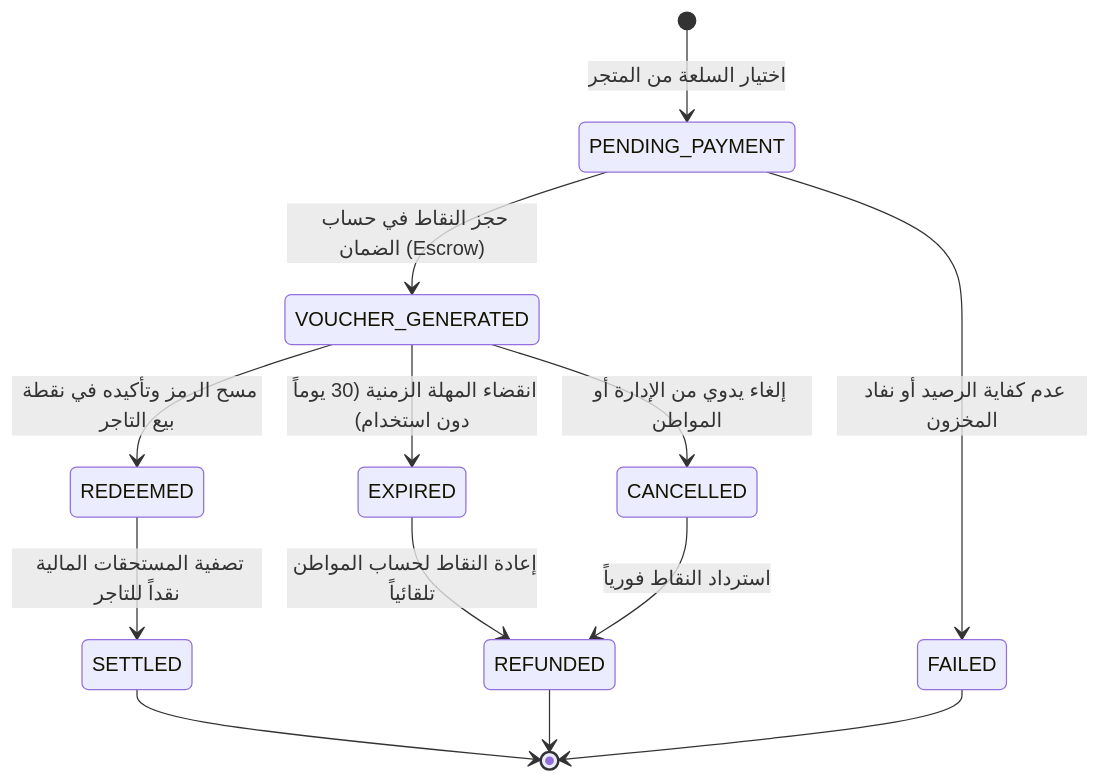
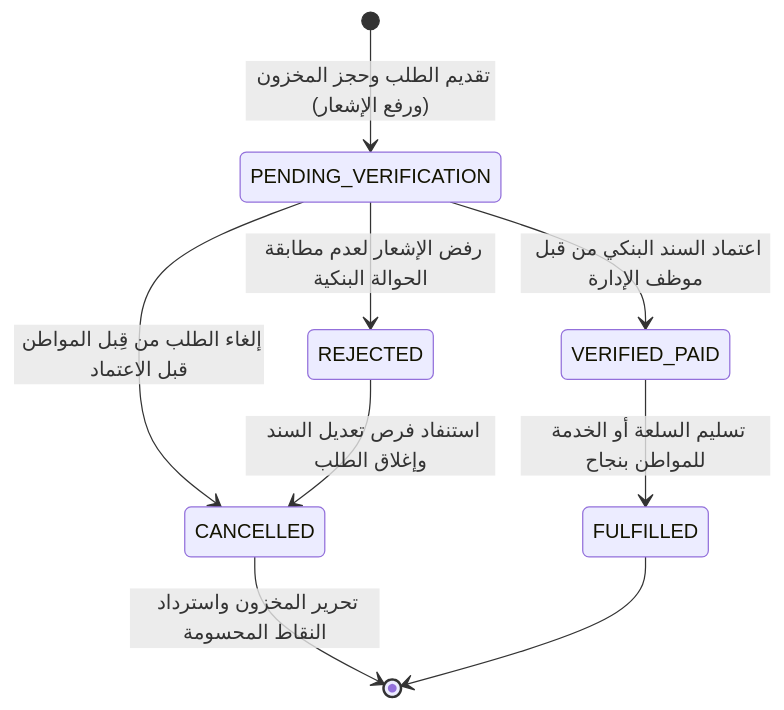
One commit to A-S-Y/Athar changed the second of 4 diagrams in docs/03-flows-and-logic/state-machines.md. Above: the diagram before and after it, drawn with Mermaid. The commit also changed other lines of this file and 27 other files, not shown here.

````diff
--- a/docs/03-flows-and-logic/state-machines.md
+++ b/docs/03-flows-and-logic/state-machines.md
@@ -55,20 +55,16 @@
 ```mermaid
 stateDiagram-v2
-    [*] --> PENDING_PAYMENT: اختيار السلعة من المتجر
+    [*] --> PENDING_VERIFICATION: تقديم الطلب وحجز المخزون (ورفع الإشعار)
 
-    PENDING_PAYMENT --> VOUCHER_GENERATED: حجز النقاط في حساب الضمان (Escrow)
-    PENDING_PAYMENT --> FAILED: عدم كفاية الرصيد أو نفاد المخزون
+    PENDING_VERIFICATION --> VERIFIED_PAID: اعتماد السند البنكي من قبل موظف الإدارة
+    PENDING_VERIFICATION --> REJECTED: رفض الإشعار لعدم مطابقة الحوالة البنكية
+    PENDING_VERIFICATION --> CANCELLED: إلغاء الطلب من قِبل المواطن قبل الاعتماد
 
-    VOUCHER_GENERATED --> REDEEMED: مسح الرمز وتأكيده في نقطة بيع التاجر
-    VOUCHER_GENERATED --> EXPIRED: انقضاء المهلة الزمنية (30 يوماً دون استخدام)
-    VOUCHER_GENERATED --> CANCELLED: إلغاء يدوي من الإدارة أو المواطن
+    REJECTED --> CANCELLED: استنفاد فرص تعديل السند وإغلاق الطلب
 
-    EXPIRED --> REFUNDED: إعادة النقاط لحساب المواطن تلقائياً
-    CANCELLED --> REFUNDED: استرداد النقاط فورياً
+    CANCELLED --> [*]: تحرير المخزون واسترداد النقاط المحسومة
 
-    REDEEMED --> SETTLED: تصفية المستحقات المالية نقداً للتاجر
+    VERIFIED_PAID --> FULFILLED: تسليم السلعة أو الخدمة للمواطن بنجاح
     
-    SETTLED --> [*]
-    REFUNDED --> [*]
-    FAILED --> [*]
+    FULFILLED --> [*]
 ```
````
